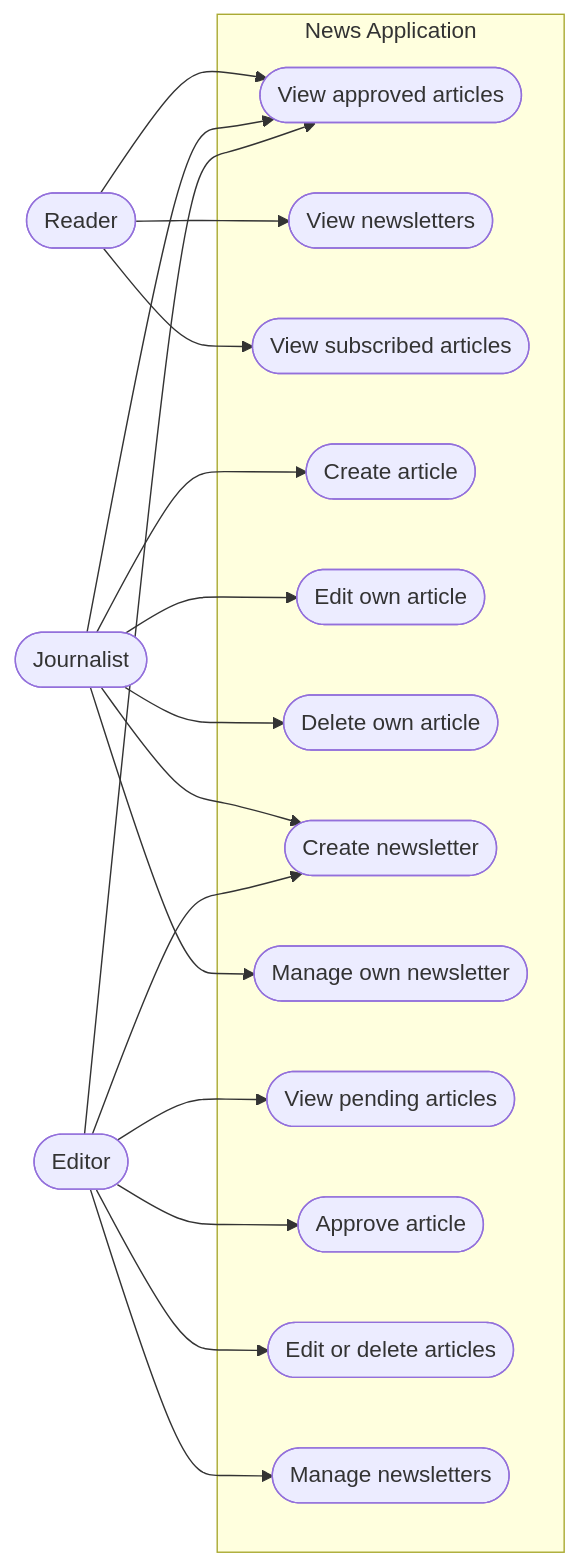
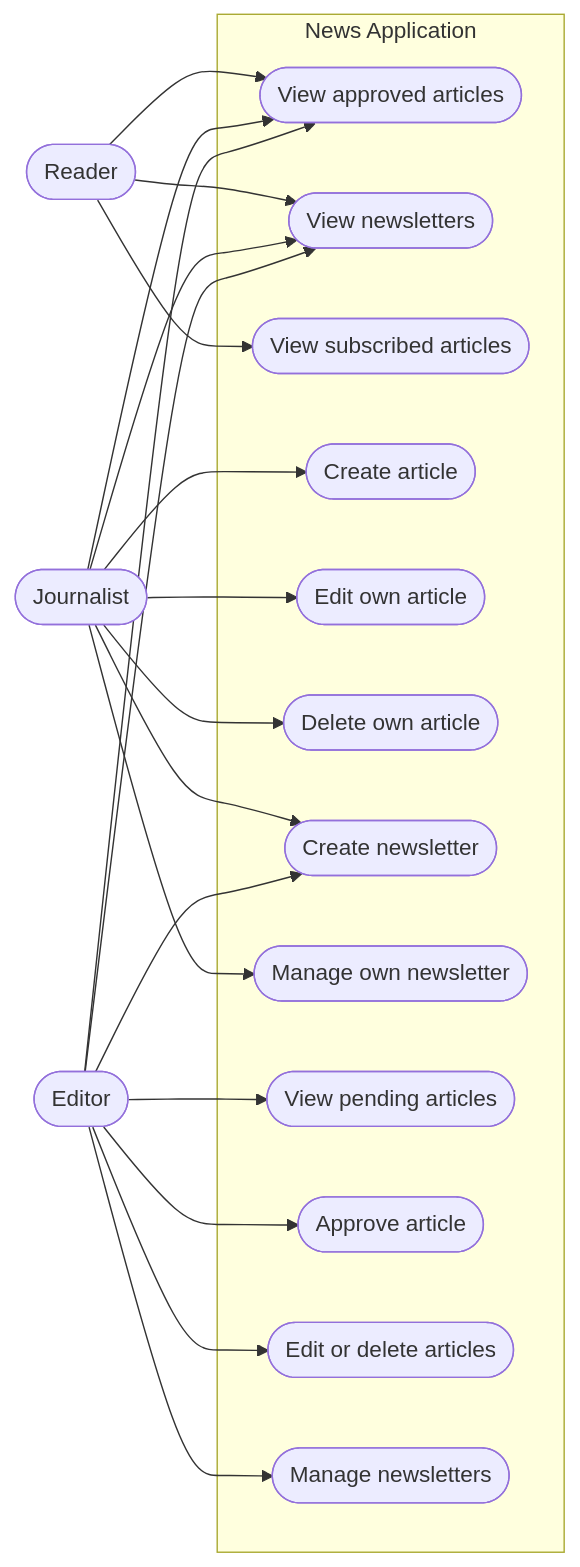
The first of 3 diagrams in docs/system_design.md (Muhali2032/news-application), drawn with Mermaid before and after one commit. The commit also changed other lines of this file and 3 other files, not shown here.

````diff
--- a/docs/system_design.md
+++ b/docs/system_design.md
@@ -14,39 +14,41 @@
 ```mermaid
 flowchart LR
     Reader([Reader])
     Journalist([Journalist])
     Editor([Editor])
 
     subgraph NewsApplication["News Application"]
         ViewArticles([View approved articles])
         ViewNewsletters([View newsletters])
         ViewSubscriptions([View subscribed articles])
         CreateArticle([Create article])
         EditOwnArticle([Edit own article])
         DeleteOwnArticle([Delete own article])
         CreateNewsletter([Create newsletter])
         ManageOwnNewsletter([Manage own newsletter])
         ReviewArticles([View pending articles])
         ApproveArticle([Approve article])
         ManageArticles([Edit or delete articles])
         ManageNewsletters([Manage newsletters])
     end
 
     Reader --> ViewArticles
     Reader --> ViewNewsletters
+    Journalist --> ViewNewsletters
+    Editor --> ViewNewsletters
     Reader --> ViewSubscriptions
 
     Journalist --> ViewArticles
     Journalist --> CreateArticle
     Journalist --> EditOwnArticle
     Journalist --> DeleteOwnArticle
     Journalist --> CreateNewsletter
     Journalist --> ManageOwnNewsletter
 
     Editor --> ViewArticles
     Editor --> ReviewArticles
     Editor --> ApproveArticle
     Editor --> ManageArticles
     Editor --> CreateNewsletter
     Editor --> ManageNewsletters
 ```
````
